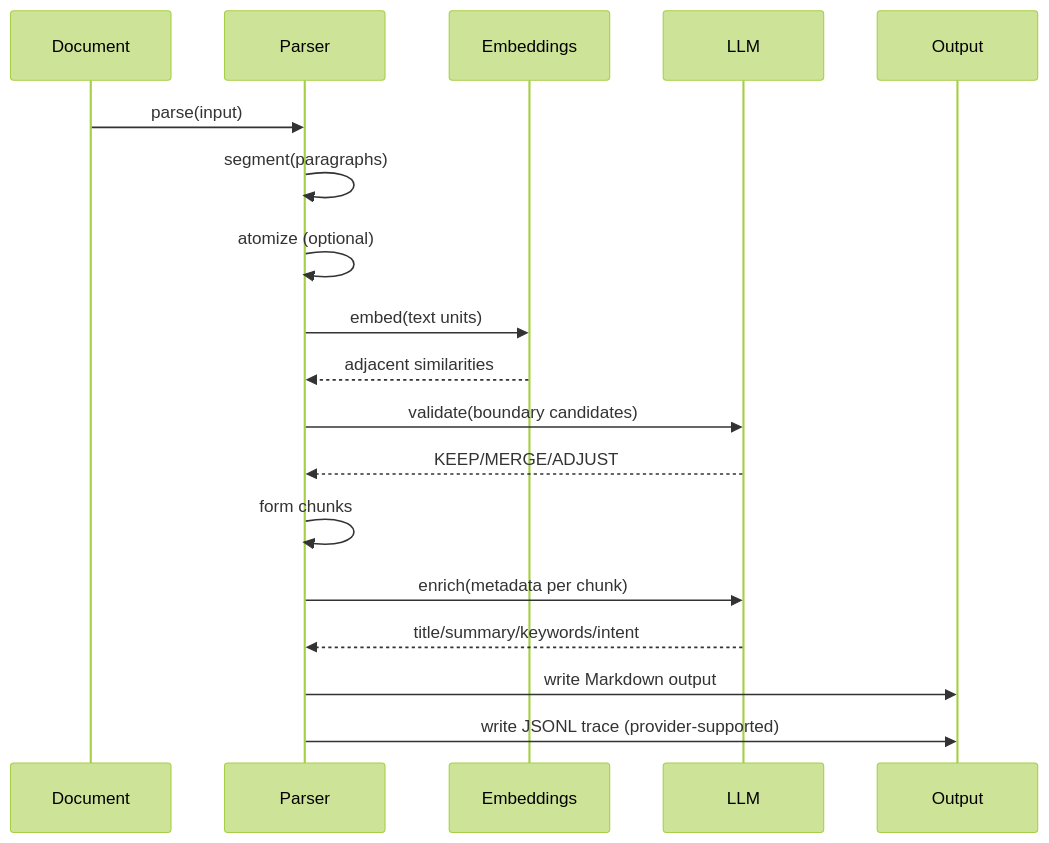
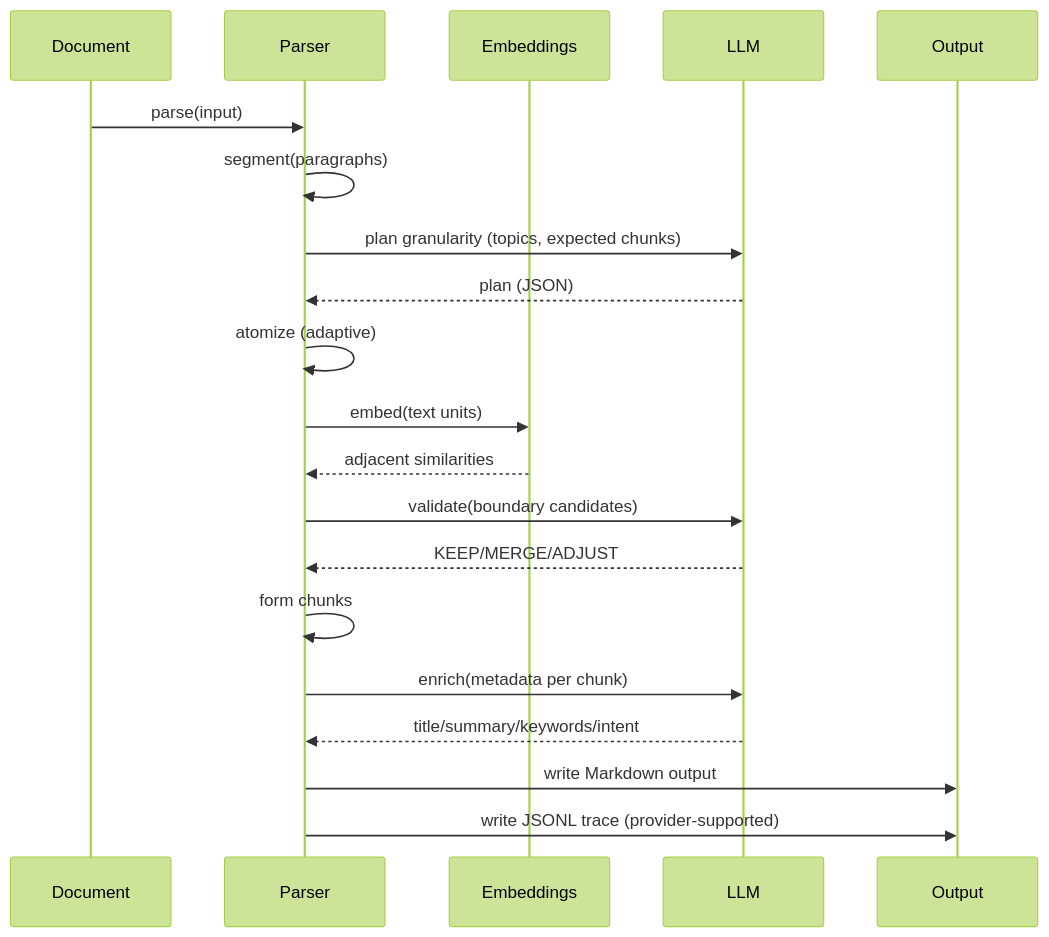
Before and after one commit to anirudha-stack/Scalpel: the second of 2 diagrams in README.md, drawn with Mermaid (forest theme). The commit also changed other lines of this file and 25 other files, not shown here.

Commit message:
Added feature for cross verification of chunks to adjust granularity

````diff
--- a/README.md
+++ b/README.md
@@ -70,21 +71,23 @@
 ```mermaid
 sequenceDiagram
   participant D as Document
   participant P as Parser
   participant E as Embeddings
   participant L as LLM
   participant O as Output
 
   D->>P: parse(input)
   P->>P: segment(paragraphs)
-  P->>P: atomize (optional)
+  P->>L: plan granularity (topics, expected chunks)
+  L-->>P: plan (JSON)
+  P->>P: atomize (adaptive)
   P->>E: embed(text units)
   E-->>P: adjacent similarities
   P->>L: validate(boundary candidates)
   L-->>P: KEEP/MERGE/ADJUST
   P->>P: form chunks
   P->>L: enrich(metadata per chunk)
   L-->>P: title/summary/keywords/intent
   P->>O: write Markdown output
   P->>O: write JSONL trace (provider-supported)
 ```
````
